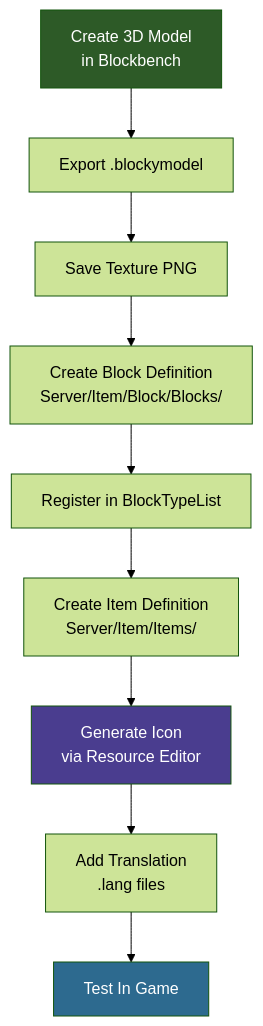
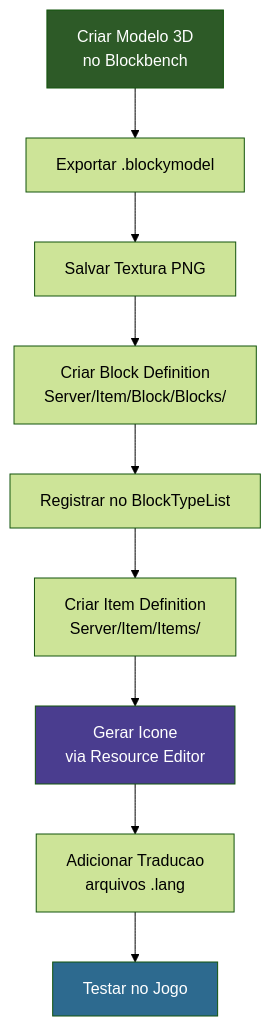
One commit to nevesb/hytale-modding-docs changed the diagram in src/content/docs/pt-br/tutorials/beginner/create-a-block.md. Above: the diagram before and after it, drawn with Mermaid (forest theme).

Commit message:
fix: translate mermaid diagram labels to PT-BR in create-a-block

````diff
--- a/src/content/docs/pt-br/tutorials/beginner/create-a-block.md
+++ b/src/content/docs/pt-br/tutorials/beginner/create-a-block.md
@@ -402,15 +402,15 @@
 ```mermaid
 flowchart TD;
-    A[Create 3D Model<br>in Blockbench] --> B[Export .blockymodel];
-    B --> C[Save Texture PNG];
-    C --> D[Create Block Definition<br>Server/Item/Block/Blocks/];
-    D --> E[Register in BlockTypeList];
-    E --> F[Create Item Definition<br>Server/Item/Items/];
-    F --> G[Generate Icon<br>via Resource Editor];
-    G --> H[Add Translation<br>.lang files];
-    H --> I[Test In Game];
+    A[Criar Modelo 3D<br>no Blockbench] --> B[Exportar .blockymodel];
+    B --> C[Salvar Textura PNG];
+    C --> D[Criar Block Definition<br>Server/Item/Block/Blocks/];
+    D --> E[Registrar no BlockTypeList];
+    E --> F[Criar Item Definition<br>Server/Item/Items/];
+    F --> G[Gerar Icone<br>via Resource Editor];
+    G --> H[Adicionar Traducao<br>arquivos .lang];
+    H --> I[Testar no Jogo];
 
     style A fill:#2d5a27,color:#fff;
     style G fill:#4a3d8f,color:#fff;
     style I fill:#2d6a8f,color:#fff;
 ```
````
